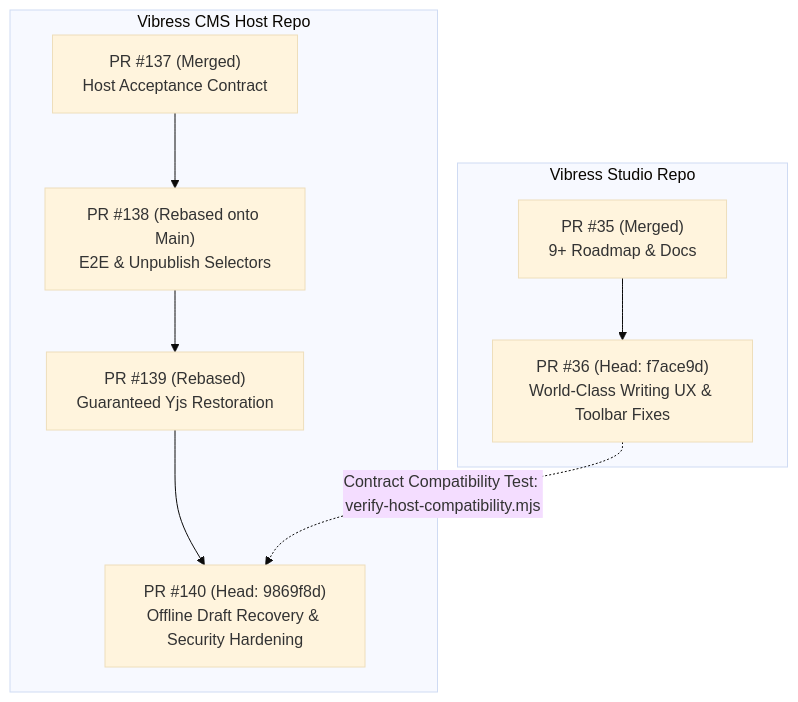
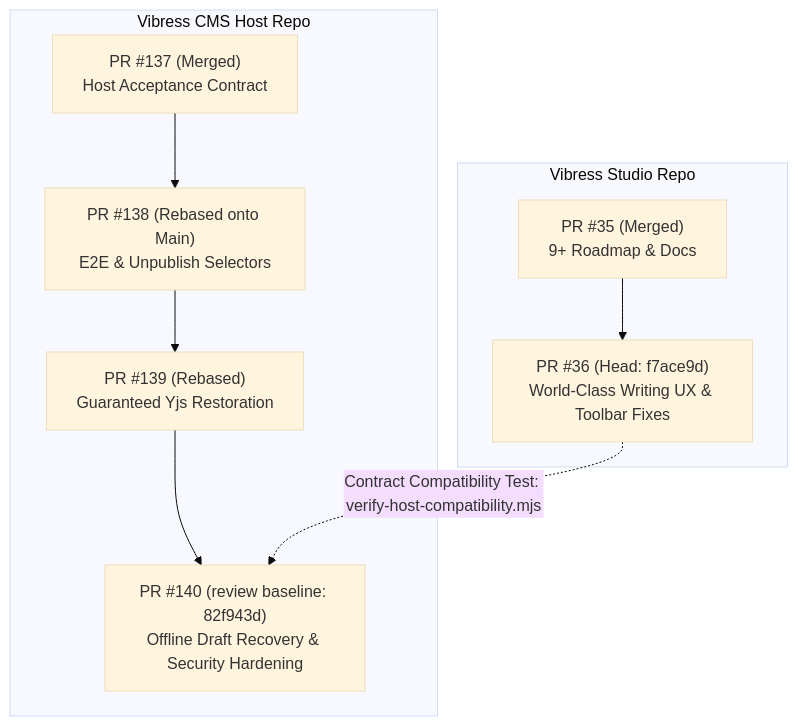
Before and after one commit to AbdullahZaher/vibress: the diagram in docs/09-studio/final-production-certification-report-2026-11-07.md, drawn with Mermaid (base theme). The commit also changed other lines of this file and 3 other files, not shown here.

````diff
--- a/docs/09-studio/final-production-certification-report-2026-11-07.md
+++ b/docs/09-studio/final-production-certification-report-2026-11-07.md
@@ -46,12 +48,12 @@
 ```mermaid
 flowchart TD
     subgraph Studio["Vibress Studio Repo"]
         S35["PR #35 (Merged)<br/>9+ Roadmap & Docs"] --> S36["PR #36 (Head: f7ace9d)<br/>World-Class Writing UX & Toolbar Fixes"]
     end
     subgraph Host["Vibress CMS Host Repo"]
         H137["PR #137 (Merged)<br/>Host Acceptance Contract"] --> H138["PR #138 (Rebased onto Main)<br/>E2E & Unpublish Selectors"]
         H138 --> H139["PR #139 (Rebased)<br/>Guaranteed Yjs Restoration"]
-        H139 --> H140["PR #140 (Head: 9869f8d)<br/>Offline Draft Recovery & Security Hardening"]
+        H139 --> H140["PR #140 (review baseline: 82f943d)<br/>Offline Draft Recovery & Security Hardening"]
     end
     S36 -.->|Contract Compatibility Test: verify-host-compatibility.mjs| H140
 ```
````
